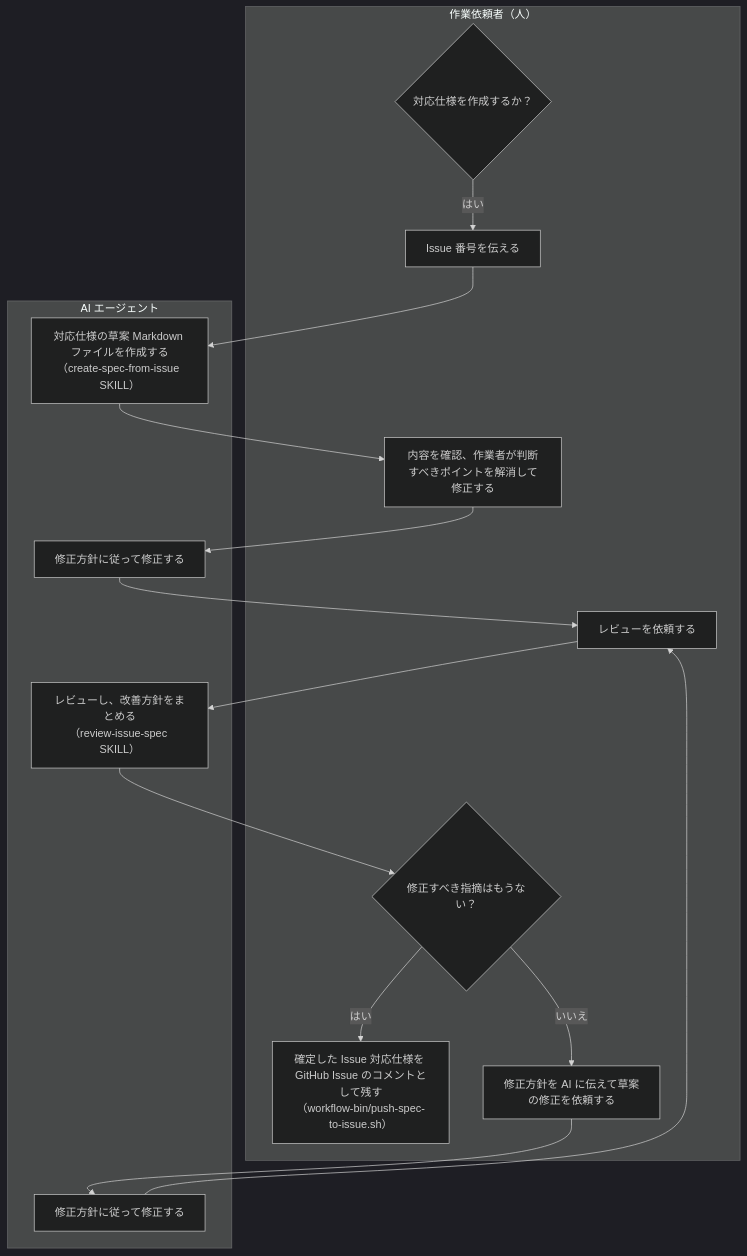
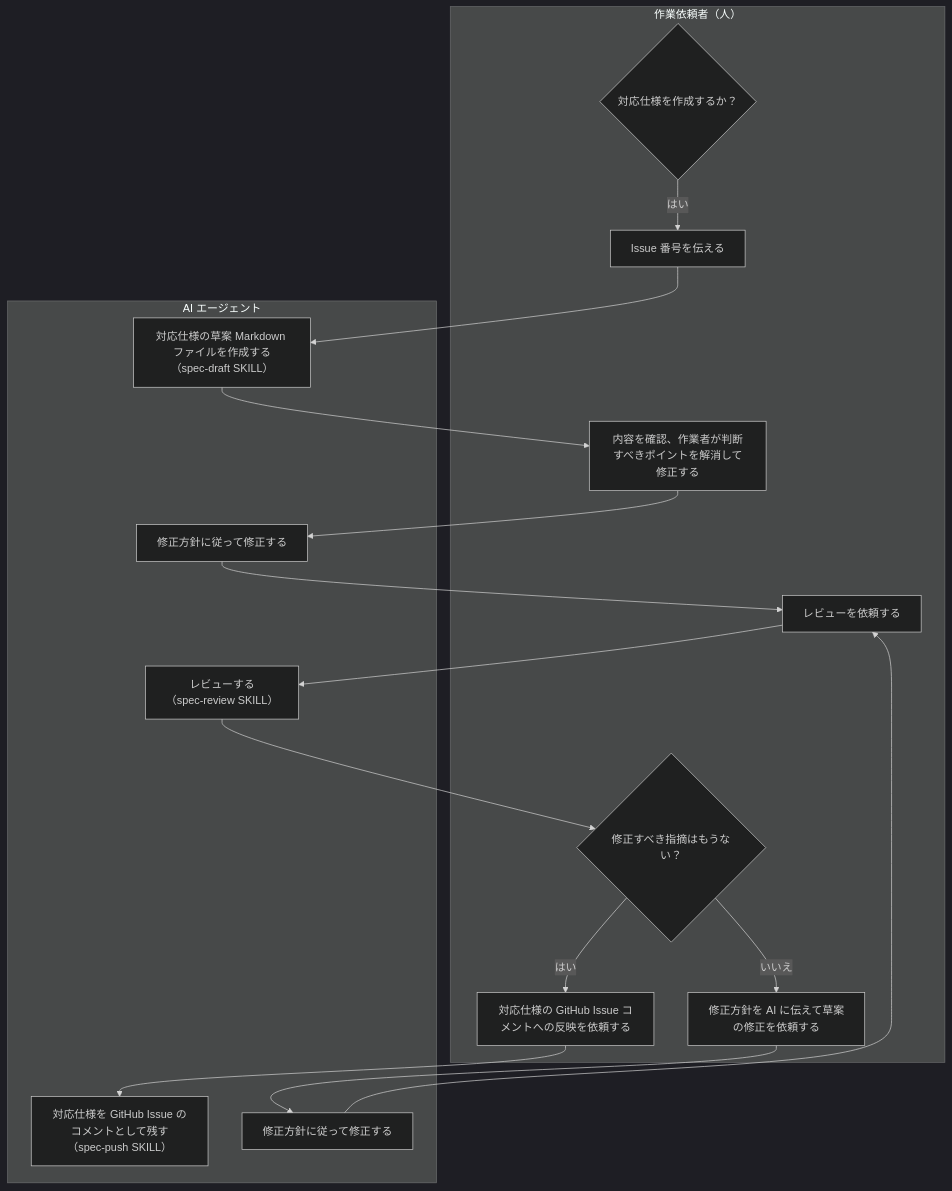
The second of 6 diagrams in docs/Workflow.md (k5n/custom-agents-settings), drawn with Mermaid (dark theme) before and after one commit. The commit also changed other lines of this file and 9 other files, not shown here.

````diff
--- a/docs/Workflow.md
+++ b/docs/Workflow.md
@@ -69,23 +70,24 @@
 ```mermaid
 flowchart TD
     subgraph Human[作業依頼者（人）]
         A{対応仕様を作成するか？}
         B[Issue 番号を伝える]
         D[内容を確認、作業者が判断すべきポイントを解消して修正する]
         F[レビューを依頼する]
         H{修正すべき指摘はもうない？}
-        I[確定した Issue 対応仕様を GitHub Issue のコメントとして残す\n（workflow-bin/push-spec-to-issue.sh）]
+        I[対応仕様の GitHub Issue コメントへの反映を依頼する]
         J[修正方針を AI に伝えて草案の修正を依頼する]
     end
 
     subgraph AI[AI エージェント]
-        C[対応仕様の草案 Markdown ファイルを作成する\n（create-spec-from-issue SKILL）]
+        C[対応仕様の草案 Markdown ファイルを作成する\n（spec-draft SKILL）]
         E[修正方針に従って修正する]
-        G[レビューし、改善方針をまとめる\n（review-issue-spec SKILL）]
+        G[レビューする\n（spec-review SKILL）]
         K[修正方針に従って修正する]
+        L[対応仕様を GitHub Issue のコメントとして残す\n（spec-push SKILL）]
     end
 
     A -- はい --> B --> C --> D --> E --> F --> G --> H
-    H -- はい --> I
+    H -- はい --> I --> L
     H -- いいえ --> J --> K --> F
 ```
````
